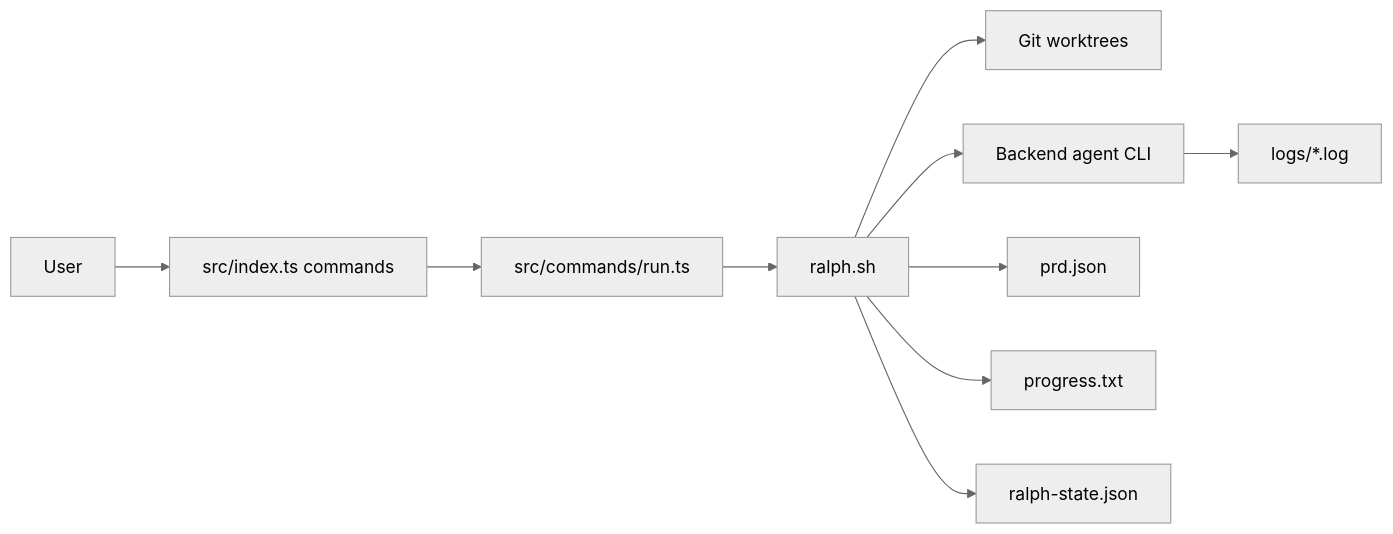
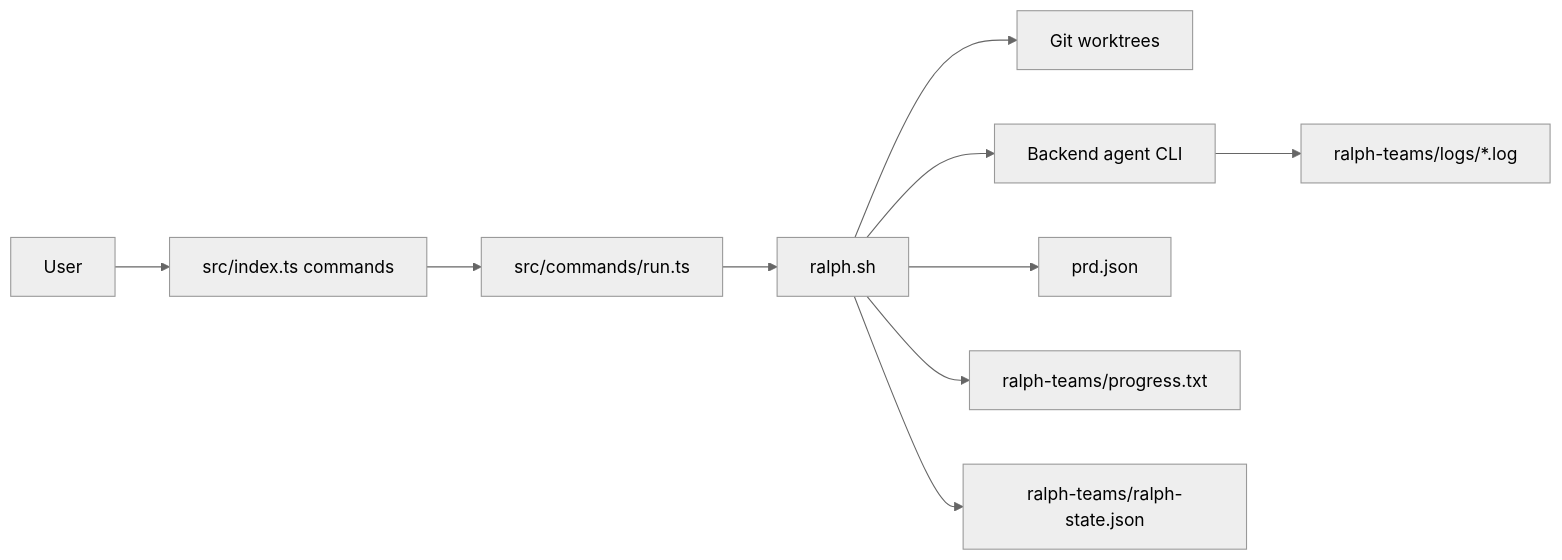
Before and after one commit to tuansondinh/ralph-teams: the diagram in architecture.md, drawn with Mermaid (neutral theme). The commit also changed other lines of this file and 22 other files, not shown here.

Commit message:
fix: move Ralph runtime state under ralph-teams

````diff
--- a/architecture.md
+++ b/architecture.md
@@ -25,12 +25,12 @@
 ```mermaid
 flowchart LR
     U[User] --> CLI[src/index.ts commands]
     CLI --> RUN[src/commands/run.ts]
     RUN --> SH[ralph.sh]
     SH --> WT[Git worktrees]
     SH --> AGENTS[Backend agent CLI]
-    AGENTS --> LOGS[logs/*.log]
+    AGENTS --> LOGS[ralph-teams/logs/*.log]
     SH --> PRD[prd.json]
-    SH --> PROGRESS[progress.txt]
-    SH --> STATE[ralph-state.json]
+    SH --> PROGRESS[ralph-teams/progress.txt]
+    SH --> STATE[ralph-teams/ralph-state.json]
 ```
````
